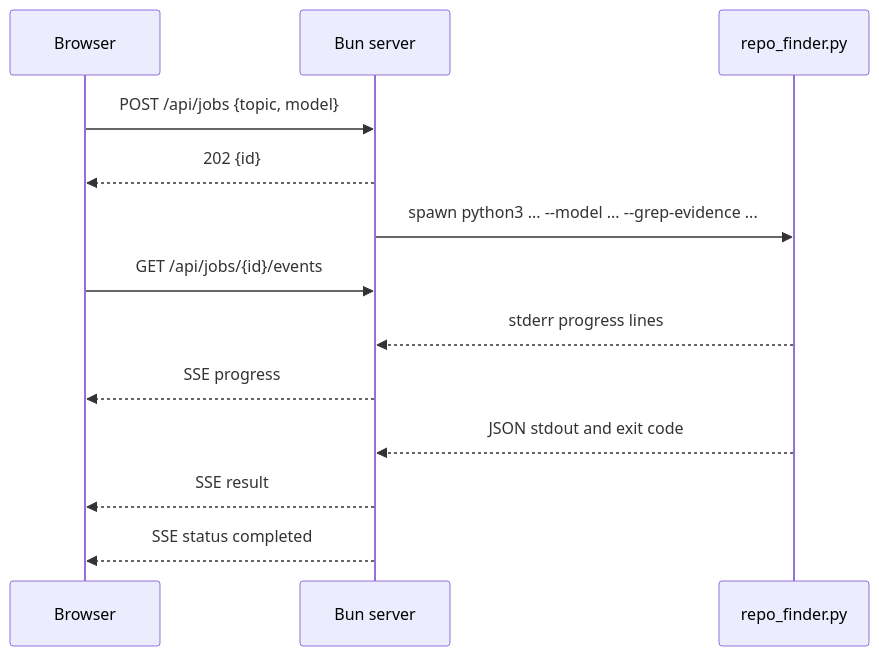
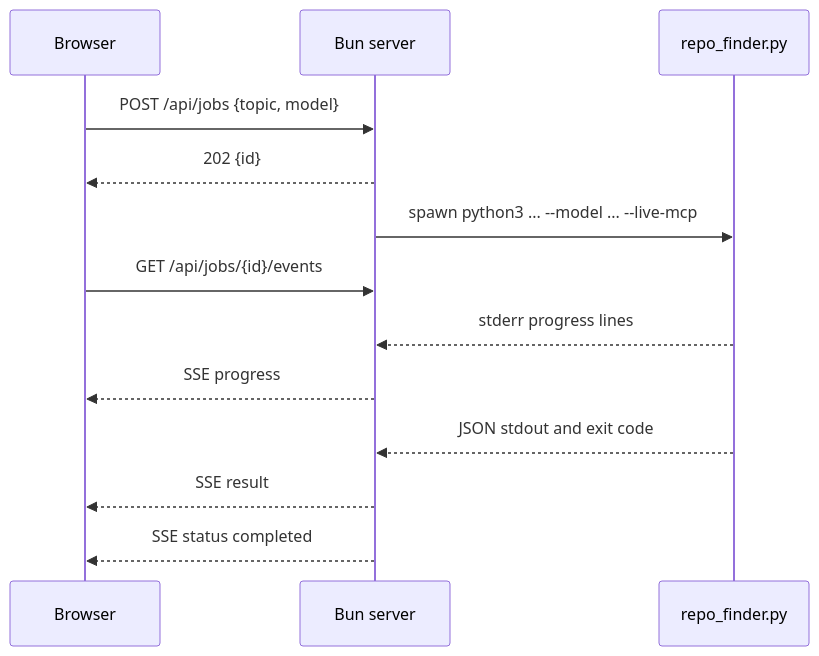
Before and after one commit to g-baskin/ghitty: the diagram in library/knowledge/private/web/local-web-sse-jobs.md, drawn with Mermaid. The commit also changed other lines of this file and 16 other files, not shown here.

Commit message:
Add live KenCode MCP evidence

````diff
--- a/library/knowledge/private/web/local-web-sse-jobs.md
+++ b/library/knowledge/private/web/local-web-sse-jobs.md
@@ -16,15 +16,15 @@
 ```mermaid
 sequenceDiagram
     participant UI as Browser
     participant Bun as Bun server
     participant Py as repo_finder.py
     UI->>Bun: POST /api/jobs {topic, model}
     Bun-->>UI: 202 {id}
-    Bun->>Py: spawn python3 ... --model ... --grep-evidence ...
+    Bun->>Py: spawn python3 ... --model ... --live-mcp
     UI->>Bun: GET /api/jobs/{id}/events
     Py-->>Bun: stderr progress lines
     Bun-->>UI: SSE progress
     Py-->>Bun: JSON stdout and exit code
     Bun-->>UI: SSE result
     Bun-->>UI: SSE status completed
 ```
````
